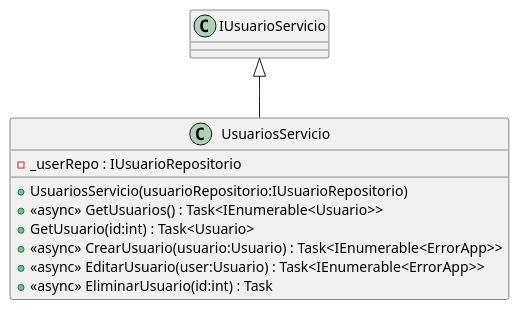
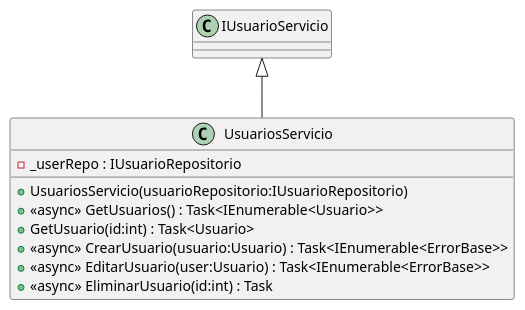
One commit to wkrea/BlogPost-appdemo changed the diagram in BackEnd/App.Core/Servicios/UsuariosServicio.puml. Above: the diagram before and after it, drawn with PlantUML. The commit also changed 23 other files, not shown here.

```diff
--- a/BackEnd/App.Core/Servicios/UsuariosServicio.puml
+++ b/BackEnd/App.Core/Servicios/UsuariosServicio.puml
@@ -1,12 +1,12 @@
 @startuml
 class UsuariosServicio {
     - _userRepo : IUsuarioRepositorio
     + UsuariosServicio(usuarioRepositorio:IUsuarioRepositorio)
     + <<async>> GetUsuarios() : Task<IEnumerable<Usuario>>
     + GetUsuario(id:int) : Task<Usuario>
-    + <<async>> CrearUsuario(usuario:Usuario) : Task<IEnumerable<ErrorApp>>
-    + <<async>> EditarUsuario(user:Usuario) : Task<IEnumerable<ErrorApp>>
+    + <<async>> CrearUsuario(usuario:Usuario) : Task<IEnumerable<ErrorBase>>
+    + <<async>> EditarUsuario(user:Usuario) : Task<IEnumerable<ErrorBase>>
     + <<async>> EliminarUsuario(id:int) : Task
 }
 IUsuarioServicio <|-- UsuariosServicio
 @enduml
```
